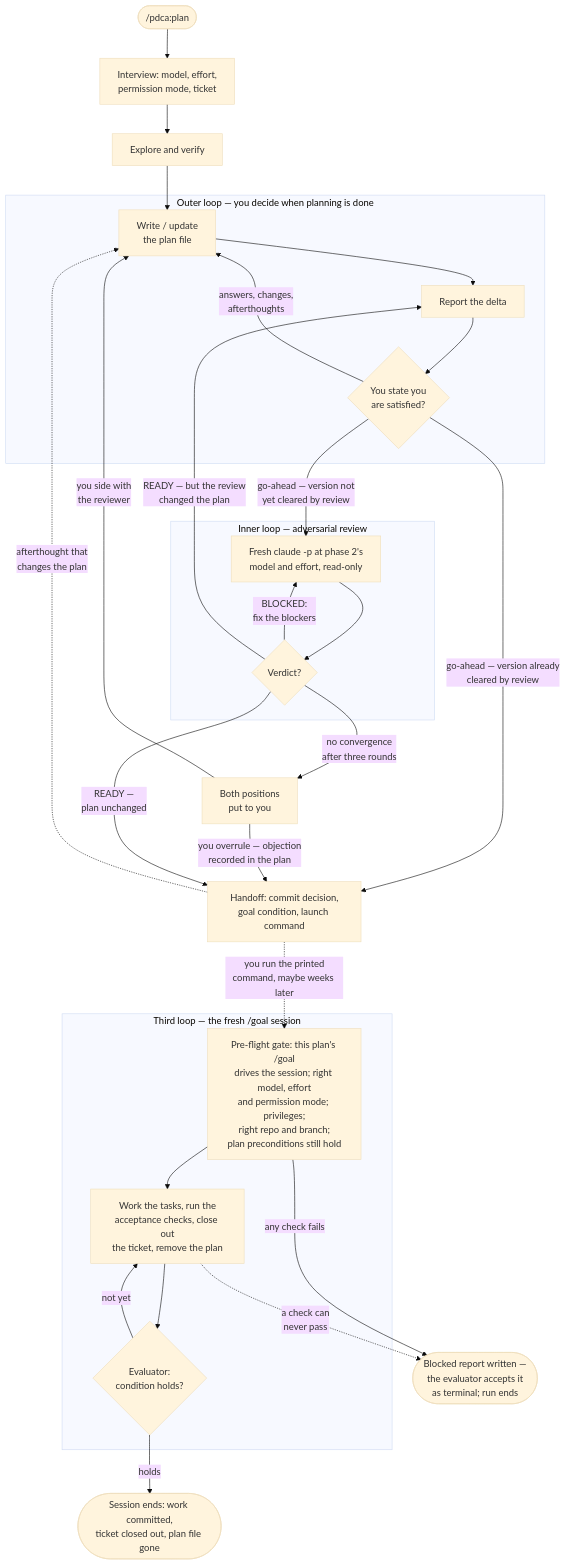
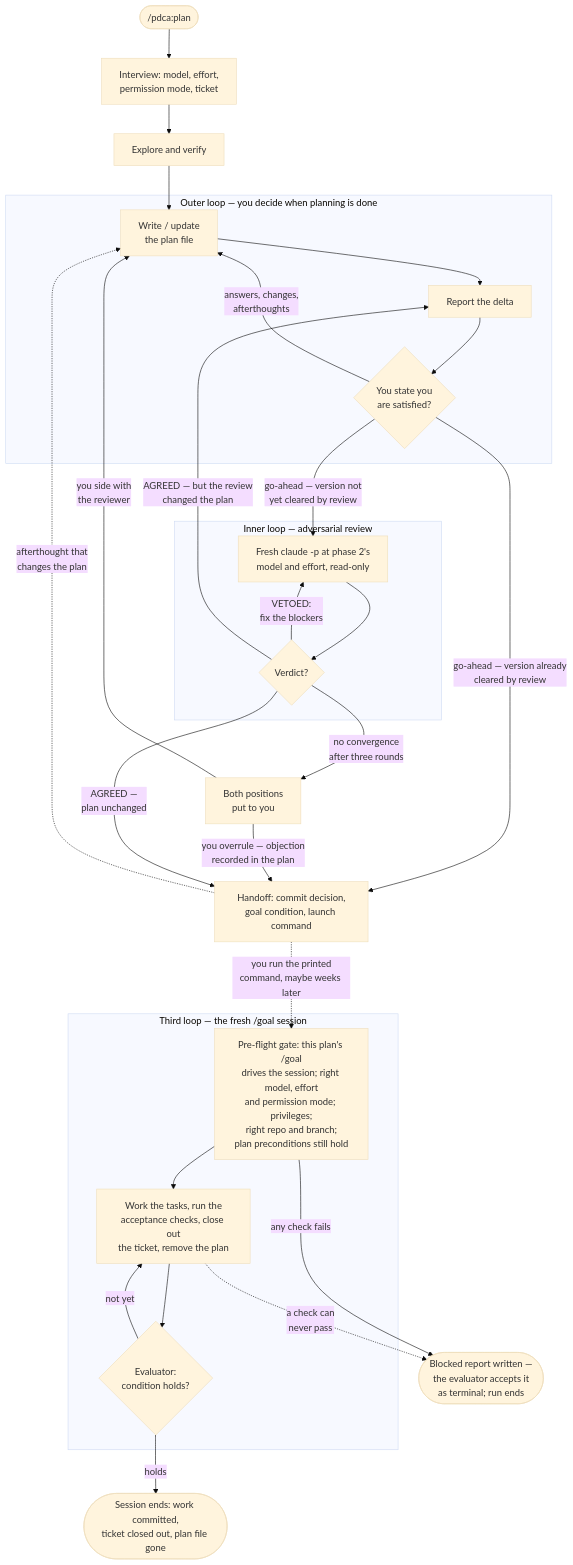
One commit to christian-schlichtherle/cs7-claude-plugins changed the diagram in pdca/README.md. Above: the diagram before and after it, drawn with Mermaid (base theme). The commit also changed other lines of this file and 4 other files, not shown here.

First line of the commit message:
Rename the review verdict to AGREED/VETOED

````diff
--- a/pdca/README.md
+++ b/pdca/README.md
@@ -114,37 +114,37 @@
 ```mermaid
 flowchart TD
     subgraph Outer["Outer loop — you decide when planning is done"]
         Draft["Write / update<br>the plan file"] --> Delta["Report the delta"]
         Delta --> Happy{"You state you<br>are satisfied?"}
         Happy -- "answers, changes,<br>afterthoughts" --> Draft
     end
 
     subgraph Inner["Inner loop — adversarial review"]
         Reviewer["Fresh claude -p at phase 2's<br>model and effort, read-only"] --> Verdict{"Verdict?"}
-        Verdict -- "BLOCKED:<br>fix the blockers" --> Reviewer
+        Verdict -- "VETOED:<br>fix the blockers" --> Reviewer
     end
 
     Start(["/pdca:plan"]) --> Interview["Interview: model, effort,<br>permission mode, ticket"]
     Interview --> Explore["Explore and verify"]
     Explore --> Draft
 
     Happy -- "go-ahead — version not<br>yet cleared by review" --> Reviewer
     Happy -- "go-ahead — version already<br>cleared by review" --> Handoff
     Verdict -- "no convergence<br>after three rounds" --> Settle["Both positions<br>put to you"]
     Settle -- "you side with<br>the reviewer" --> Draft
     Settle -- "you overrule — objection<br>recorded in the plan" --> Handoff
-    Verdict -- "READY —<br>plan unchanged" --> Handoff["Handoff: commit decision,<br>goal condition, launch command"]
-    Verdict -- "READY — but the review<br>changed the plan" --> Delta
+    Verdict -- "AGREED —<br>plan unchanged" --> Handoff["Handoff: commit decision,<br>goal condition, launch command"]
+    Verdict -- "AGREED — but the review<br>changed the plan" --> Delta
     Handoff -. "afterthought that<br>changes the plan" .-> Draft
 
     subgraph Goal["Third loop — the fresh /goal session"]
         Gate["Pre-flight gate: this plan's /goal<br>drives the session; right model, effort<br>and permission mode; privileges;<br>right repo and branch;<br>plan preconditions still hold"] --> Work["Work the tasks, run the<br>acceptance checks, close out<br>the ticket, remove the plan"]
         Work --> Eval{"Evaluator:<br>condition holds?"}
         Eval -- "not yet" --> Work
     end
 
     Handoff -. "you run the printed<br>command, maybe weeks later" .-> Gate
     Gate -- "any check fails" --> Blocked(["Blocked report written —<br>the evaluator accepts it<br>as terminal; run ends"])
     Work -. "a check can<br>never pass" .-> Blocked
     Eval -- "holds" --> Done(["Session ends: work committed,<br>ticket closed out, plan file gone"])
 ```
````
